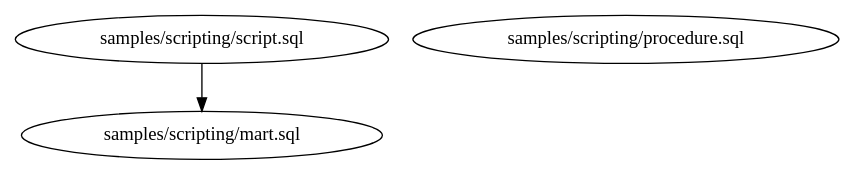
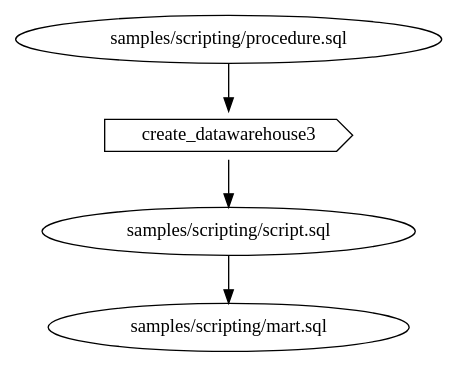
The diagram in samples/scripting/with_functions/dag.dot (Matts966/alphasql), drawn with Graphviz before and after one commit. The commit also changed 24 other files, not shown here.

```diff
--- a/samples/scripting/with_functions/dag.dot
+++ b/samples/scripting/with_functions/dag.dot
@@ -1,6 +1,9 @@
 digraph G {
 0 [label="samples/scripting/mart.sql", shape="", type=query];
 1 [label="samples/scripting/procedure.sql", shape="", type=query];
 2 [label="samples/scripting/script.sql", shape="", type=query];
+3 [label=create_datawarehouse3, shape=cds, type=function];
+1->3 ;
 2->0 ;
+3->2 ;
 }
```
